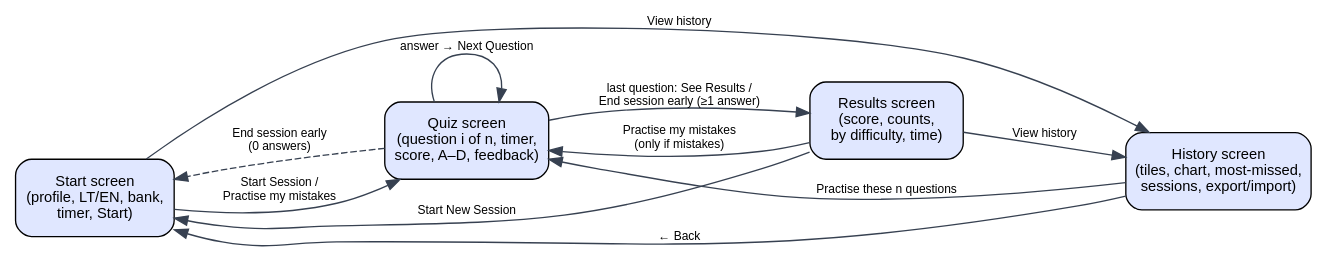
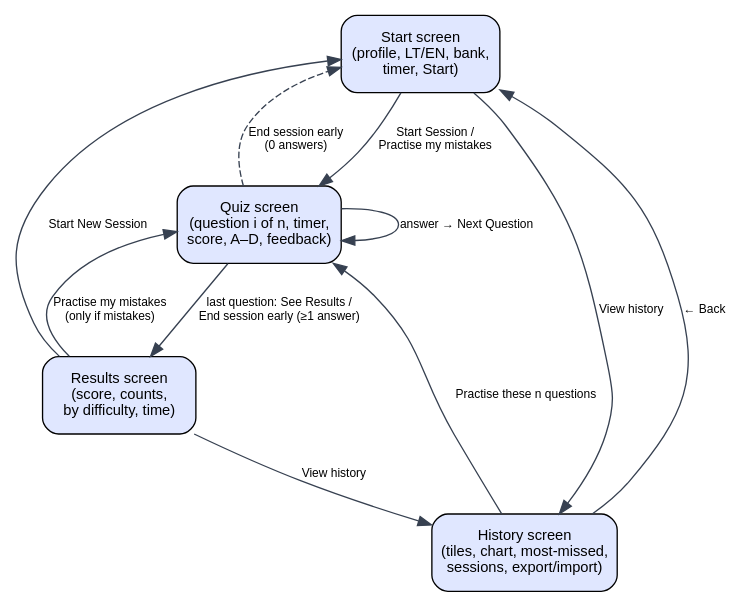
One commit to liepasv/Computer-Science-Internal-Assessment changed the diagram in docs/ia/diagrams/screen_flow.dot. Above: the diagram before and after it, drawn with Graphviz. The commit also changed 18 other files, not shown here.

```diff
--- a/docs/ia/diagrams/screen_flow.dot
+++ b/docs/ia/diagrams/screen_flow.dot
@@ -1,20 +1,20 @@
 // User interface: the four screens and the controls that move between them
 digraph G {
-  graph [rankdir=LR, nodesep=0.5, ranksep=1.0, fontname="Liberation Sans"];
+  graph [rankdir=TB, nodesep=0.6, ranksep=0.7, fontname="Liberation Sans"];
   node  [shape=box, style="rounded,filled", fillcolor="#e0e7ff", fontname="Liberation Sans", fontsize=11, width=1.6, height=0.8];
   edge  [fontname="Liberation Sans", fontsize=9, color="#374151"];
   load    [label="Start screen\n(profile, LT/EN, bank,\ntimer, Start)"];
   quiz    [label="Quiz screen\n(question i of n, timer,\nscore, A–D, feedback)"];
   results [label="Results screen\n(score, counts,\nby difficulty, time)"];
   hist    [label="History screen\n(tiles, chart, most-missed,\nsessions, export/import)"];
   load -> quiz [label="Start Session /\nPractise my mistakes"];
   quiz -> quiz [label="answer → Next Question"];
   quiz -> results [label="last question: See Results /\nEnd session early (≥1 answer)"];
   quiz -> load [label="End session early\n(0 answers)", style=dashed];
   results -> load [label="Start New Session"];
   results -> quiz [label="Practise my mistakes\n(only if mistakes)"];
   results -> hist [label="View history"];
   load -> hist [label="View history"];
   hist -> load [label="← Back"];
   hist -> quiz [label="Practise these n questions"];
 }
```
